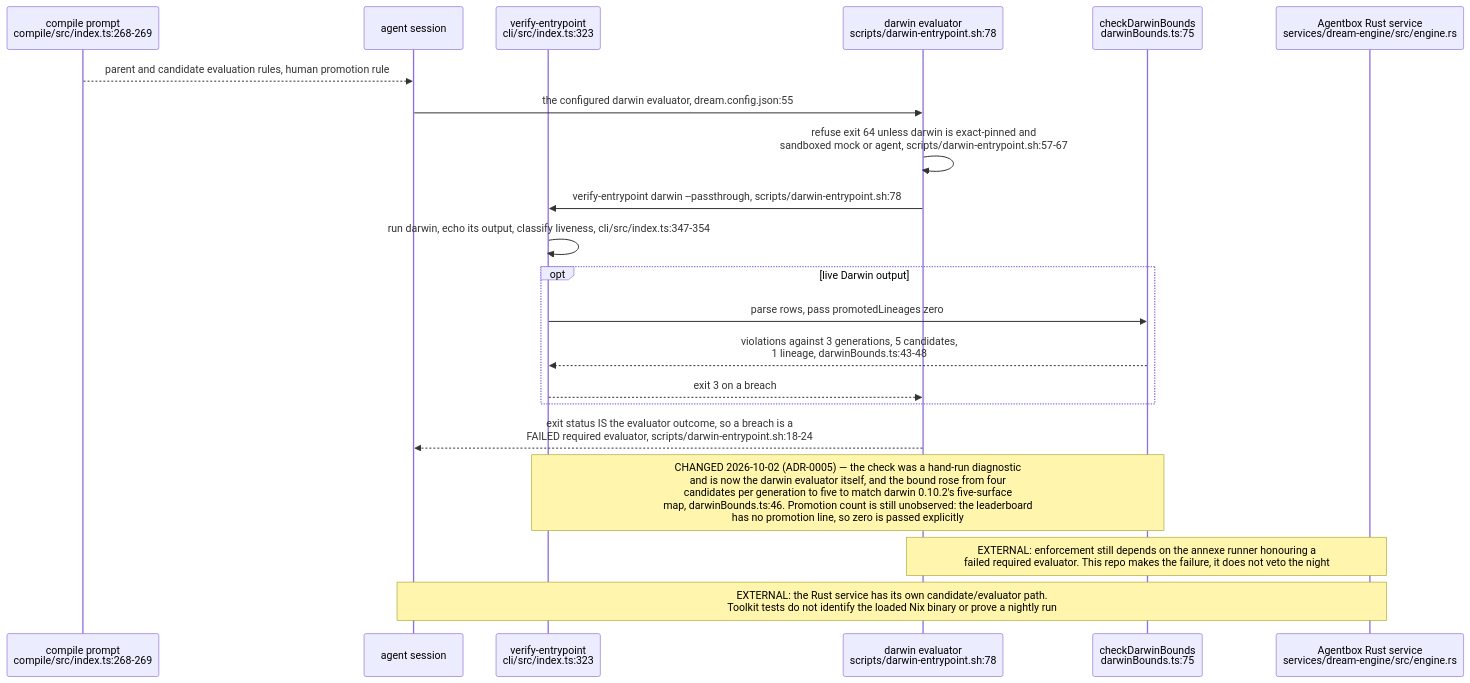
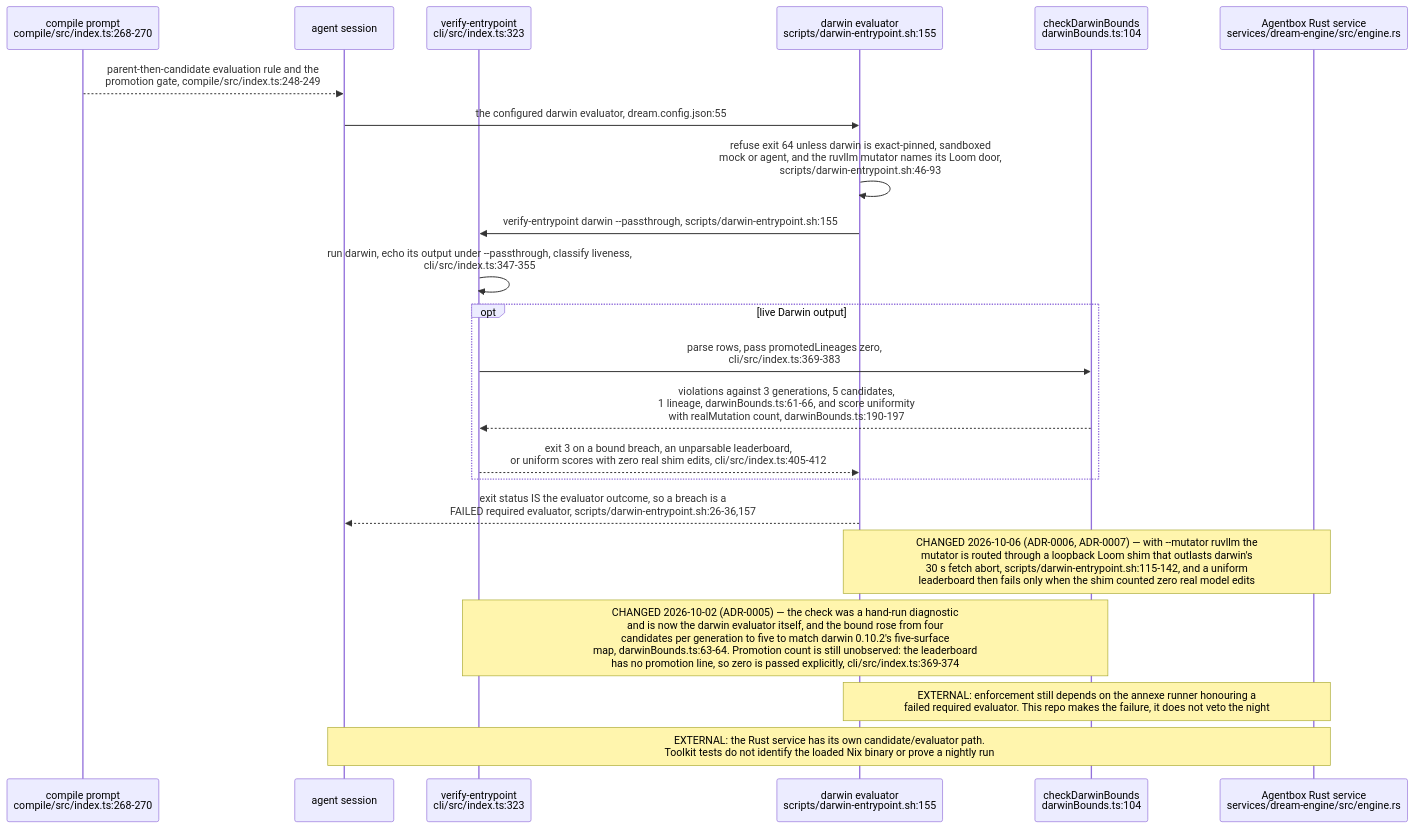
Before and after one commit to DreamLab-AI/VisionFlow: the second of 5 diagrams in docs/diagrams/estate/90-evidence-and-supporting-repositories.md, drawn with Mermaid. The commit also changed other lines of this file and 111 other files, not shown here.

Commit message:
docs(diagrams): align estate maps with current source

````diff
--- a/docs/diagrams/estate/90-evidence-and-supporting-repositories.md
+++ b/docs/diagrams/estate/90-evidence-and-supporting-repositories.md
@@ -44,23 +44,24 @@
 ```mermaid
 sequenceDiagram
-    participant C as compile prompt<br/>compile/src/index.ts:268-269
+    participant C as compile prompt<br/>compile/src/index.ts:268-270
     participant A as agent session
     participant D as verify-entrypoint<br/>cli/src/index.ts:323
-    participant E as darwin evaluator<br/>scripts/darwin-entrypoint.sh:78
-    participant B as checkDarwinBounds<br/>darwinBounds.ts:75
+    participant E as darwin evaluator<br/>scripts/darwin-entrypoint.sh:155
+    participant B as checkDarwinBounds<br/>darwinBounds.ts:104
     participant R as Agentbox Rust service<br/>services/dream-engine/src/engine.rs
-    C-->>A: parent and candidate evaluation rules, human promotion rule
+    C-->>A: parent-then-candidate evaluation rule and the<br/>promotion gate, compile/src/index.ts:248-249
     A->>E: the configured darwin evaluator, dream.config.json:55
-    E->>E: refuse exit 64 unless darwin is exact-pinned and<br/>sandboxed mock or agent, scripts/darwin-entrypoint.sh:57-67
-    E->>D: verify-entrypoint darwin --passthrough, scripts/darwin-entrypoint.sh:78
-    D->>D: run darwin, echo its output, classify liveness, cli/src/index.ts:347-354
+    E->>E: refuse exit 64 unless darwin is exact-pinned, sandboxed<br/>mock or agent, and the ruvllm mutator names its Loom door,<br/>scripts/darwin-entrypoint.sh:46-93
+    E->>D: verify-entrypoint darwin --passthrough, scripts/darwin-entrypoint.sh:155
+    D->>D: run darwin, echo its output under --passthrough, classify liveness,<br/>cli/src/index.ts:347-355
     opt live Darwin output
-        D->>B: parse rows, pass promotedLineages zero
-        B-->>D: violations against 3 generations, 5 candidates,<br/>1 lineage, darwinBounds.ts:43-48
-        D-->>E: exit 3 on a breach
+        D->>B: parse rows, pass promotedLineages zero,<br/>cli/src/index.ts:369-383
+        B-->>D: violations against 3 generations, 5 candidates,<br/>1 lineage, darwinBounds.ts:61-66, and score uniformity<br/>with realMutation count, darwinBounds.ts:190-197
+        D-->>E: exit 3 on a bound breach, an unparsable leaderboard,<br/>or uniform scores with zero real shim edits, cli/src/index.ts:405-412
     end
-    E-->>A: exit status IS the evaluator outcome, so a breach is a<br/>FAILED required evaluator, scripts/darwin-entrypoint.sh:18-24
-    Note over D,B: CHANGED 2026-10-02 (ADR-0005) — the check was a hand-run diagnostic<br/>and is now the darwin evaluator itself, and the bound rose from four<br/>candidates per generation to five to match darwin 0.10.2's five-surface<br/>map, darwinBounds.ts:46. Promotion count is still unobserved: the leaderboard<br/>has no promotion line, so zero is passed explicitly
+    E-->>A: exit status IS the evaluator outcome, so a breach is a<br/>FAILED required evaluator, scripts/darwin-entrypoint.sh:26-36,157
+    Note over E,R: CHANGED 2026-10-06 (ADR-0006, ADR-0007) — with --mutator ruvllm the<br/>mutator is routed through a loopback Loom shim that outlasts darwin's<br/>30 s fetch abort, scripts/darwin-entrypoint.sh:115-142, and a uniform<br/>leaderboard then fails only when the shim counted zero real model edits
+    Note over D,B: CHANGED 2026-10-02 (ADR-0005) — the check was a hand-run diagnostic<br/>and is now the darwin evaluator itself, and the bound rose from four<br/>candidates per generation to five to match darwin 0.10.2's five-surface<br/>map, darwinBounds.ts:63-64. Promotion count is still unobserved: the leaderboard<br/>has no promotion line, so zero is passed explicitly, cli/src/index.ts:369-374
     Note over E,R: EXTERNAL: enforcement still depends on the annexe runner honouring a<br/>failed required evaluator. This repo makes the failure, it does not veto the night
     Note over A,R: EXTERNAL: the Rust service has its own candidate/evaluator path.<br/>Toolkit tests do not identify the loaded Nix binary or prove a nightly run
 ```
````
